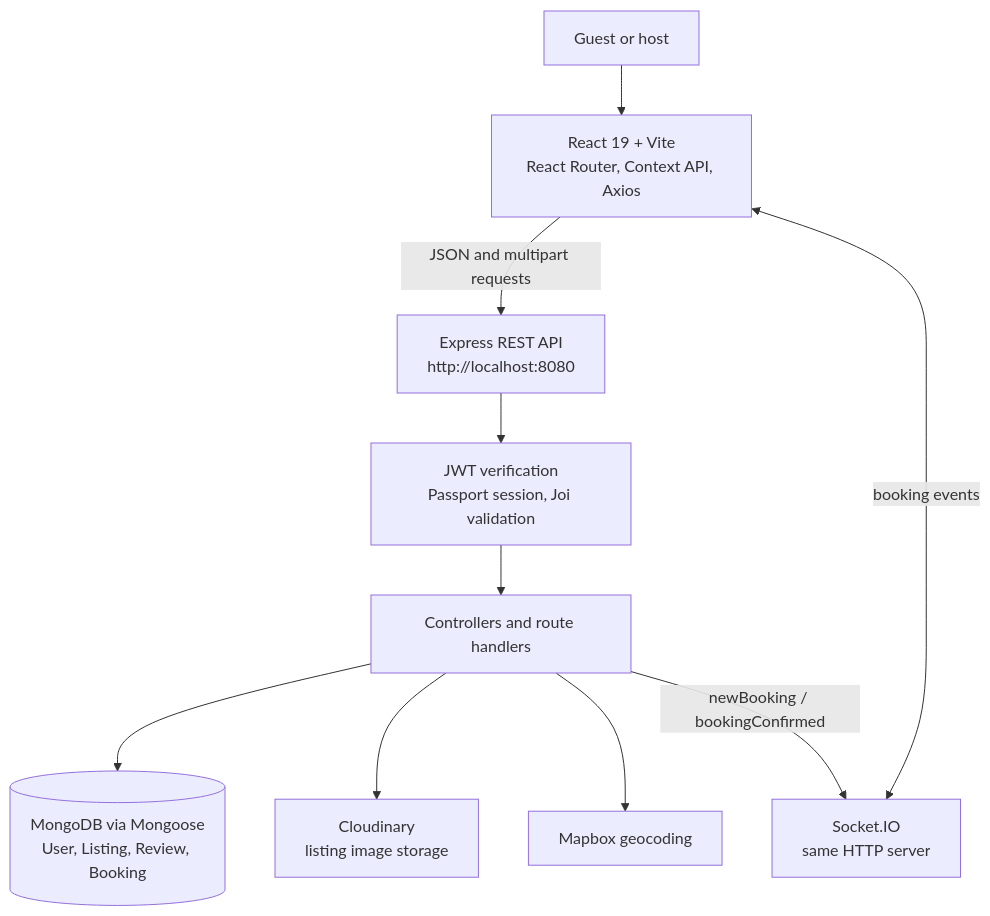
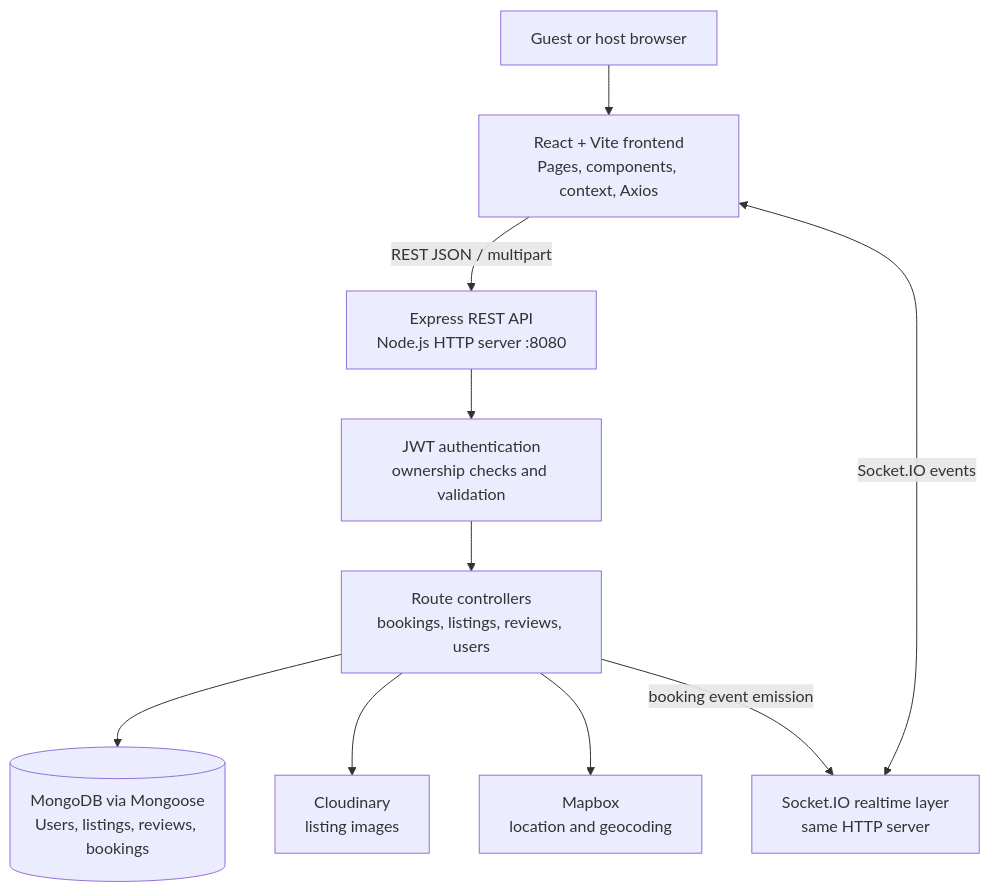
One commit to vivek-kr011/WanderLust changed the first of 4 diagrams in README.md. Above: the diagram before and after it, drawn with Mermaid. The commit also changed other lines of this file, not shown here.

````diff
--- a/README.md
+++ b/README.md
@@ -402,21 +313,21 @@
 ```mermaid
 flowchart TB
-    User[Guest or host]
-    Frontend[React 19 + Vite<br/>React Router, Context API, Axios]
-    HTTP[Express REST API<br/>http://localhost:8080]
-    Realtime[Socket.IO<br/>same HTTP server]
-    Middleware[JWT verification<br/>Passport session, Joi validation]
-    Controllers[Controllers and route handlers]
-    Mongo[(MongoDB via Mongoose<br/>User, Listing, Review, Booking)]
-    Cloud[Cloudinary<br/>listing image storage]
-    Mapbox[Mapbox geocoding]
+    User[Guest or host browser]
+    Frontend[React + Vite frontend<br/>Pages, components, context, Axios]
+    HTTP[Express REST API<br/>Node.js HTTP server :8080]
+    Socket[Socket.IO realtime layer<br/>same HTTP server]
+    Security[JWT authentication<br/>ownership checks and validation]
+    Controllers[Route controllers<br/>bookings, listings, reviews, users]
+    Mongo[(MongoDB via Mongoose<br/>Users, listings, reviews, bookings)]
+    Cloud[Cloudinary<br/>listing images]
+    Mapbox[Mapbox<br/>location and geocoding]
 
     User --> Frontend
-    Frontend -->|JSON and multipart requests| HTTP
-    Frontend <-->|booking events| Realtime
-    HTTP --> Middleware --> Controllers
+    Frontend -->|REST JSON / multipart| HTTP
+    Frontend <-->|Socket.IO events| Socket
+    HTTP --> Security --> Controllers
     Controllers --> Mongo
     Controllers --> Cloud
     Controllers --> Mapbox
-    Controllers -->|newBooking / bookingConfirmed| Realtime
+    Controllers -->|booking event emission| Socket
 ```
````
